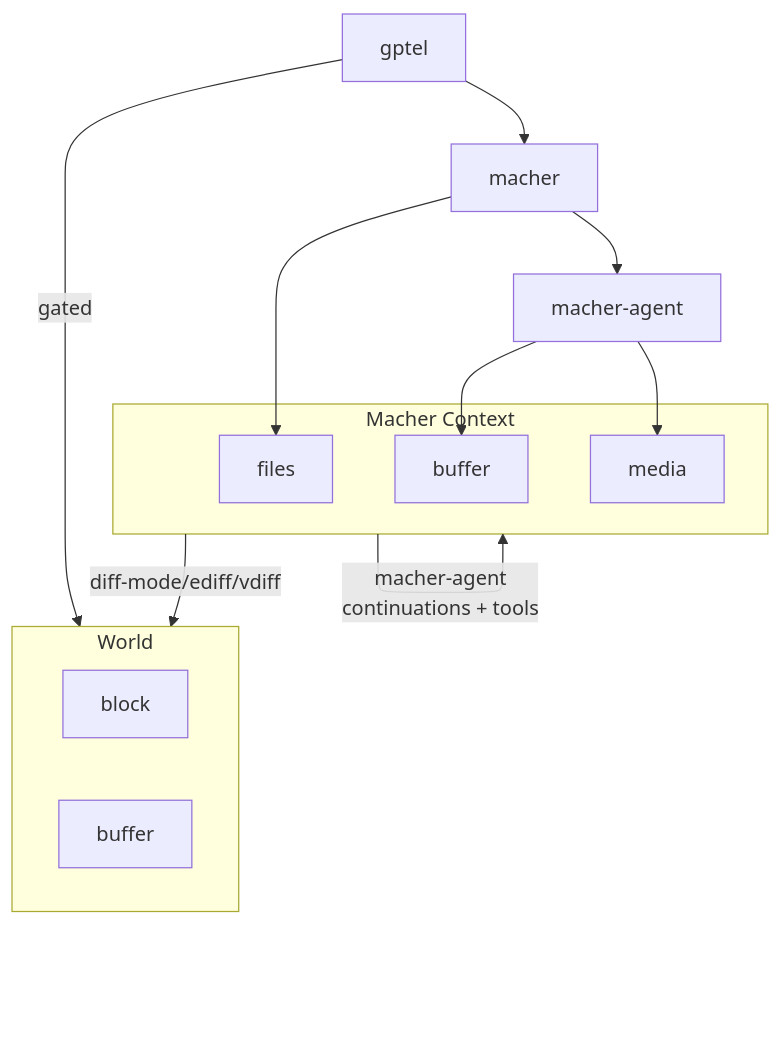
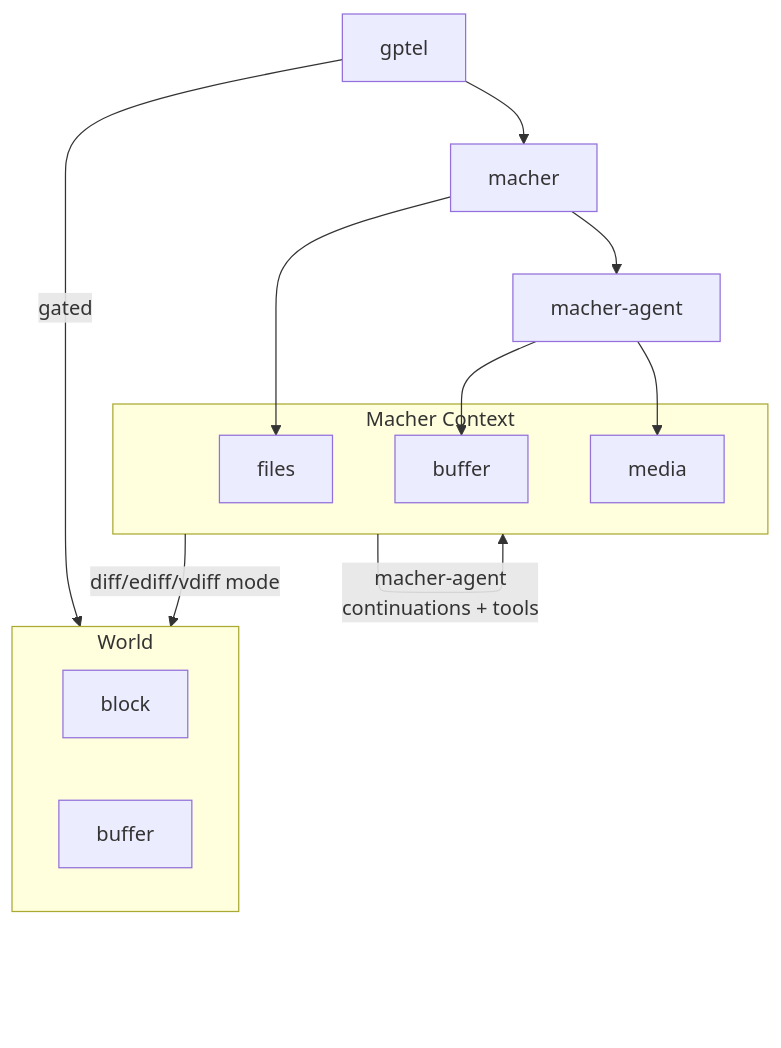
Before and after one commit to davidwuchn/macher-agent: the diagram in README.md, drawn with Mermaid. The commit also changed other lines of this file, not shown here.

````diff
--- a/README.md
+++ b/README.md
@@ -19,25 +19,25 @@
 ```mermaid
 graph TD
     gptel --> macher
     macher --> macher-agent
 
     subgraph world [World]
         direction LR
         block
         emacs-buffer[buffer]
     end
 
     subgraph macher-context [Macher Context]
         files
         buffer
         media
     end
 
     gptel --> |gated| world
     macher --> files
-    macher-context --> |diff-mode/ediff/vdiff| world
+    macher-context --> |diff/ediff/vdiff mode| world
     macher-agent --> buffer
     macher-agent --> media
     macher-context -->|macher-agent<br /> continuations + tools| macher-context 
 
 ```
````
